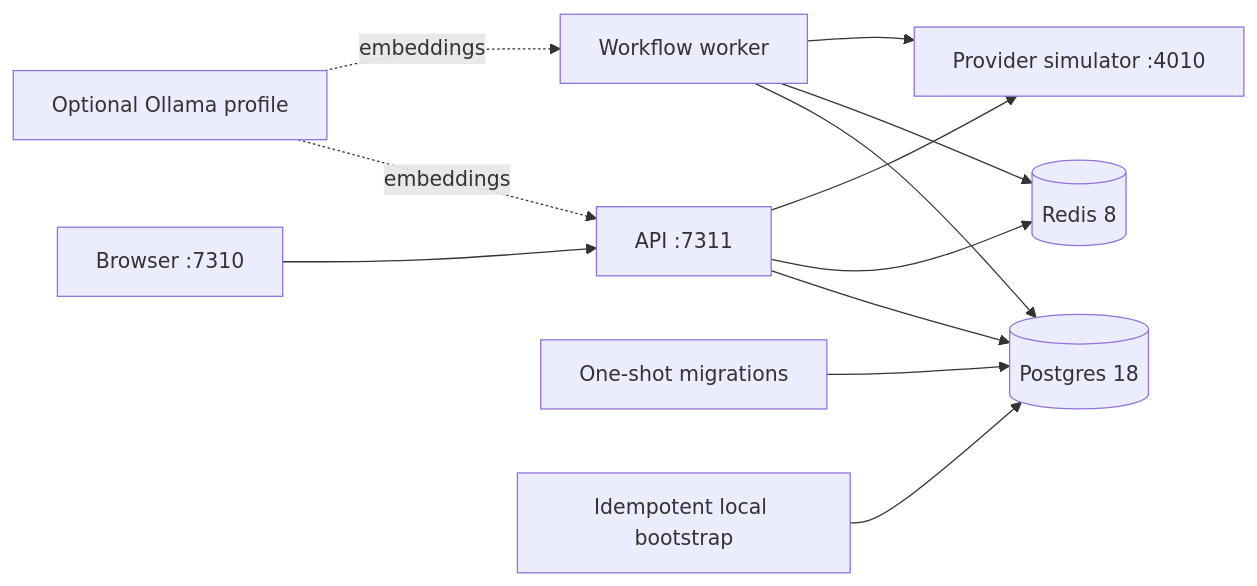
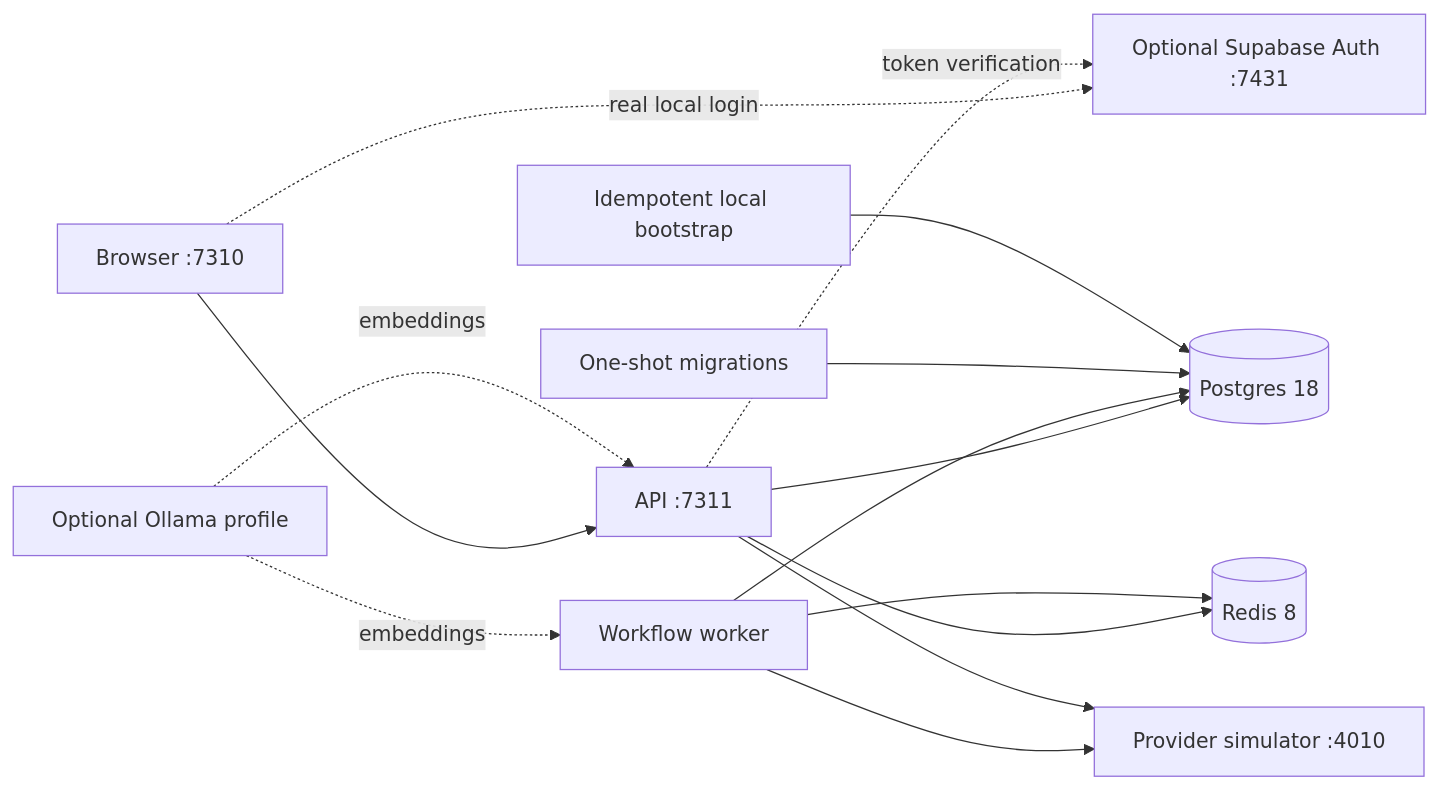
The diagram in docs/local-deployment.md (johnny4young/janusly), drawn with Mermaid before and after one commit. The commit also changed other lines of this file and 13 other files, not shown here.

Commit message:
test(local): add persistent Supabase identity qualification

````diff
--- a/docs/local-deployment.md
+++ b/docs/local-deployment.md
@@ -15,14 +15,16 @@
 ```mermaid
 flowchart LR
   Browser["Browser :7310"] --> API["API :7311"]
+  Browser -. real local login .-> Supabase["Optional Supabase Auth :7431"]
+  API -. token verification .-> Supabase
   API --> PG[("Postgres 18")]
   API --> Redis[("Redis 8")]
   Worker["Workflow worker"] --> PG
   Worker --> Redis
   Worker --> Simulator["Provider simulator :4010"]
   API --> Simulator
   Migrate["One-shot migrations"] --> PG
   Seed["Idempotent local bootstrap"] --> PG
   Ollama["Optional Ollama profile"] -. embeddings .-> API
   Ollama -. embeddings .-> Worker
 ```
````
